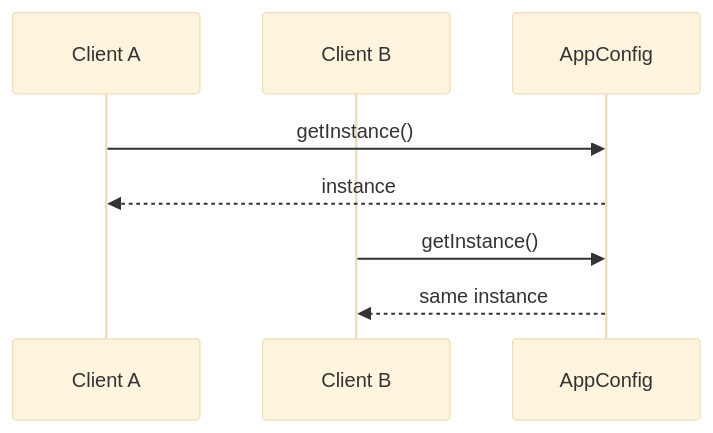
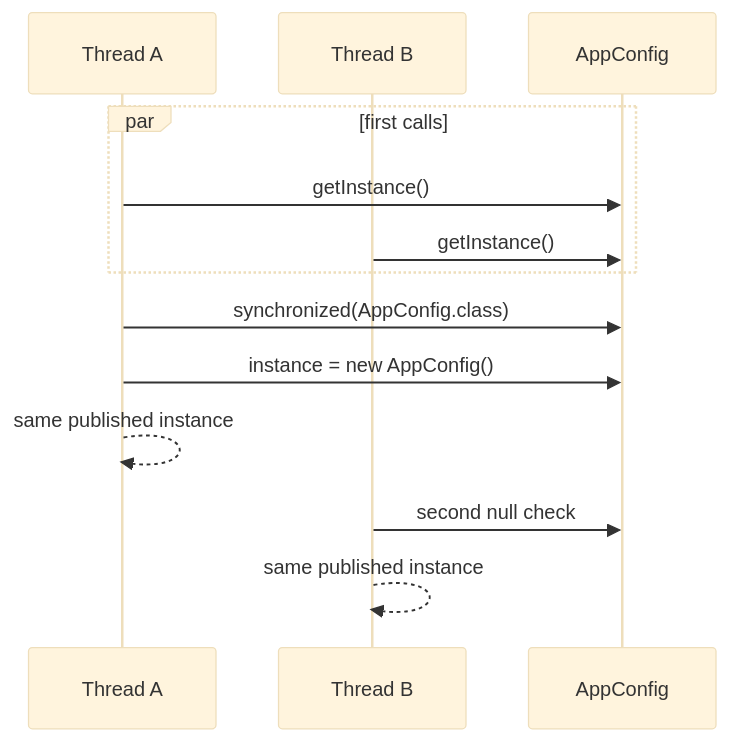
Before and after one commit to TunahanCan/design_pattern: the second of 2 diagrams in src/main/java/com/can/creational/singleton/explain/singleton.md, drawn with Mermaid (base theme). The commit also changed other lines of this file and 171 other files, not shown here.

````diff
--- a/src/main/java/com/can/creational/singleton/explain/singleton.md
+++ b/src/main/java/com/can/creational/singleton/explain/singleton.md
@@ -70,11 +150,15 @@
 ```mermaid
 sequenceDiagram
-    participant C1 as Client A
-    participant C2 as Client B
+    participant A as Thread A
+    participant B as Thread B
     participant S as AppConfig
-
-    C1->>S: getInstance()
-    S-->>C1: instance
-    C2->>S: getInstance()
-    S-->>C2: same instance
+    par first calls
+        A->>S: getInstance()
+        B->>S: getInstance()
+    end
+    A->>S: synchronized(AppConfig.class)
+    A->>S: instance = new AppConfig()
+    A-->>A: same published instance
+    B->>S: second null check
+    B-->>B: same published instance
 ```
````
